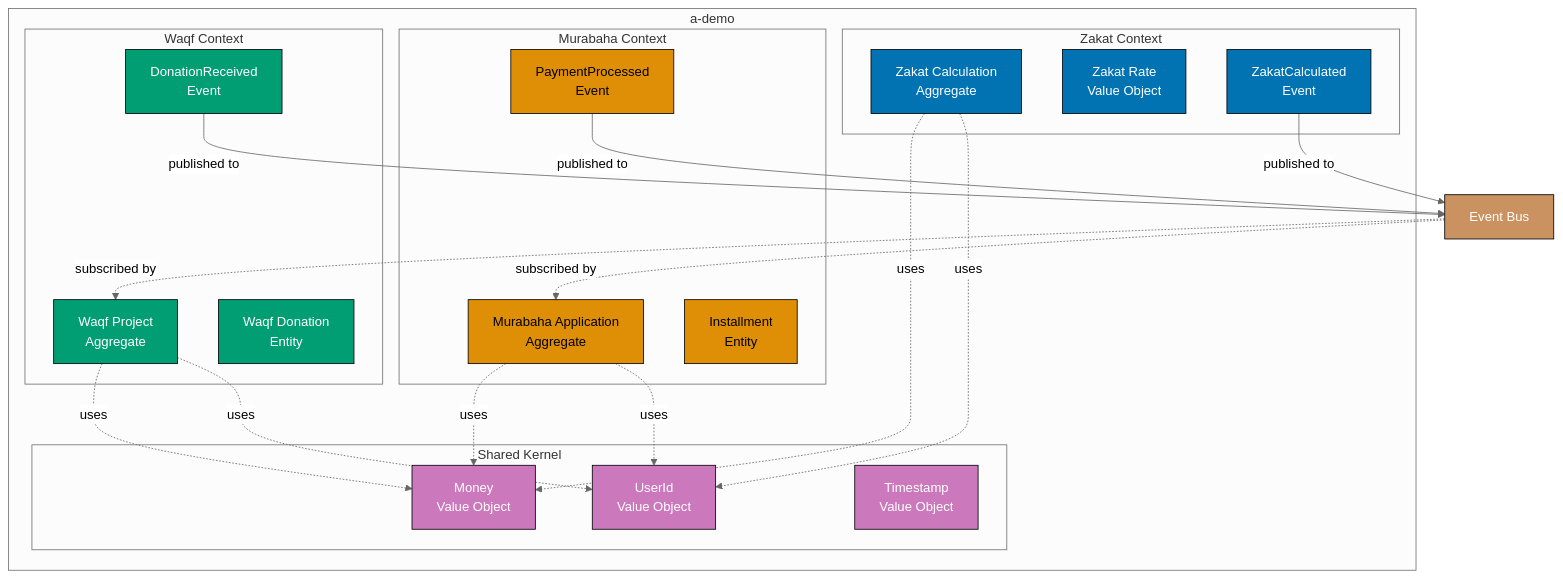
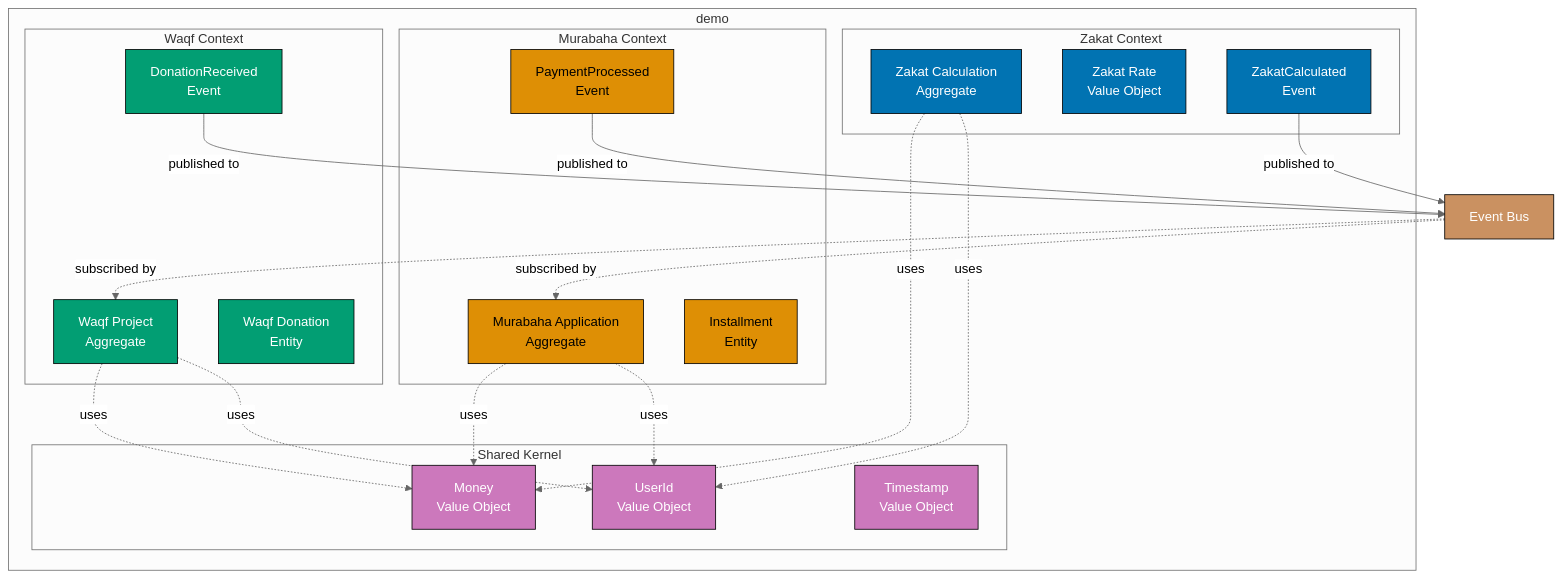
One commit to wahidyankf/ose-primer changed the diagram in docs/explanation/software-engineering/platform-web/tools/jvm-spring-boot/domain-driven-design.md. Above: the diagram before and after it, drawn with Mermaid (neutral theme). The commit also changed other lines of this file and 3064 other files, not shown here.

````diff
--- a/docs/explanation/software-engineering/platform-web/tools/jvm-spring-boot/domain-driven-design.md
+++ b/docs/explanation/software-engineering/platform-web/tools/jvm-spring-boot/domain-driven-design.md
@@ -1149,58 +1149,58 @@
 ```mermaid
 %% Color Palette: Blue #0173B2, Orange #DE8F05, Teal #029E73, Purple #CC78BC, Brown #CA9161
 %% All colors are color-blind friendly and meet WCAG AA contrast standards
 graph TD
-    subgraph "a-demo"
+    subgraph "demo"
         subgraph "Zakat Context"
             ZC[Zakat Calculation<br/>Aggregate]
             ZR[Zakat Rate<br/>Value Object]
             ZE[ZakatCalculated<br/>Event]
         end
 
         subgraph "Murabaha Context"
             MA[Murabaha Application<br/>Aggregate]
             MI[Installment<br/>Entity]
             ME[PaymentProcessed<br/>Event]
         end
 
         subgraph "Waqf Context"
             WP[Waqf Project<br/>Aggregate]
             WD[Waqf Donation<br/>Entity]
             WE[DonationReceived<br/>Event]
         end
 
         subgraph "Shared Kernel"
             MONEY[Money<br/>Value Object]
             USER[UserId<br/>Value Object]
             TIME[Timestamp<br/>Value Object]
         end
     end
 
     ZC -.->|uses| MONEY
     ZC -.->|uses| USER
     MA -.->|uses| MONEY
     MA -.->|uses| USER
     WP -.->|uses| MONEY
     WP -.->|uses| USER
 
     ZE -->|published to| EB[Event Bus]
     ME -->|published to| EB
     WE -->|published to| EB
 
     EB -.->|subscribed by| MA
     EB -.->|subscribed by| WP
 
     style ZC fill:#0173B2,stroke:#000,color:#fff
     style ZR fill:#0173B2,stroke:#000,color:#fff
     style ZE fill:#0173B2,stroke:#000,color:#fff
     style MA fill:#DE8F05,stroke:#000,color:#000
     style MI fill:#DE8F05,stroke:#000,color:#000
     style ME fill:#DE8F05,stroke:#000,color:#000
     style WP fill:#029E73,stroke:#000,color:#fff
     style WD fill:#029E73,stroke:#000,color:#fff
     style WE fill:#029E73,stroke:#000,color:#fff
     style MONEY fill:#CC78BC,stroke:#000,color:#fff
     style USER fill:#CC78BC,stroke:#000,color:#fff
     style TIME fill:#CC78BC,stroke:#000,color:#fff
     style EB fill:#CA9161,stroke:#000,color:#fff
 ```
````
